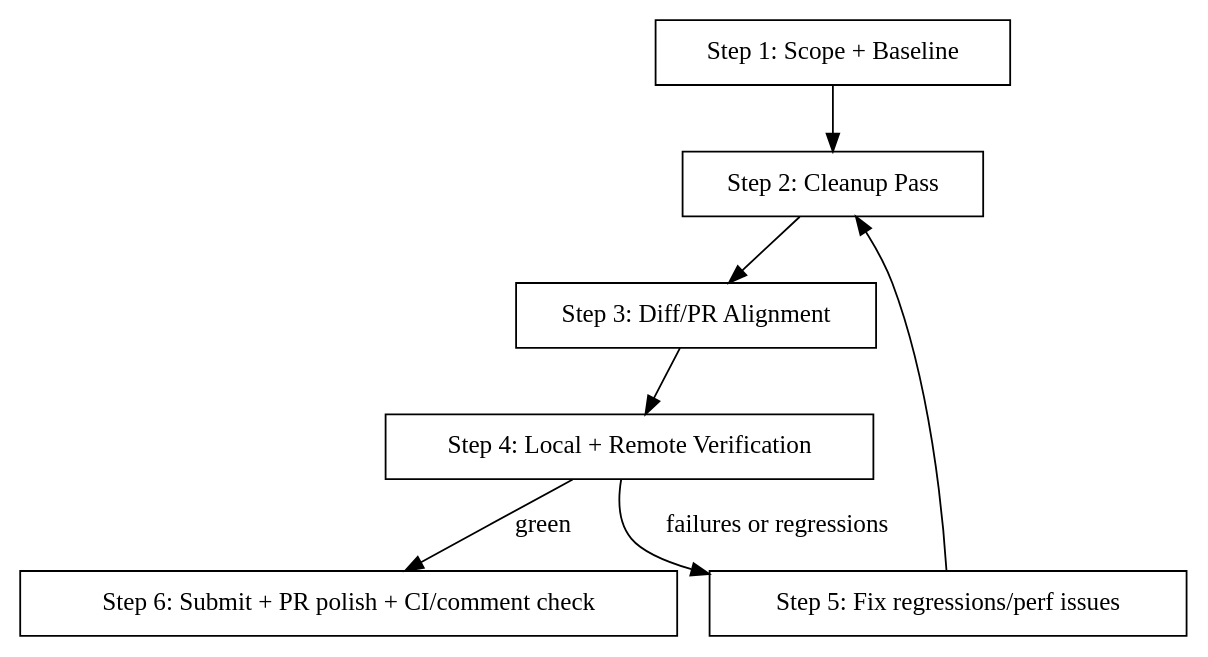
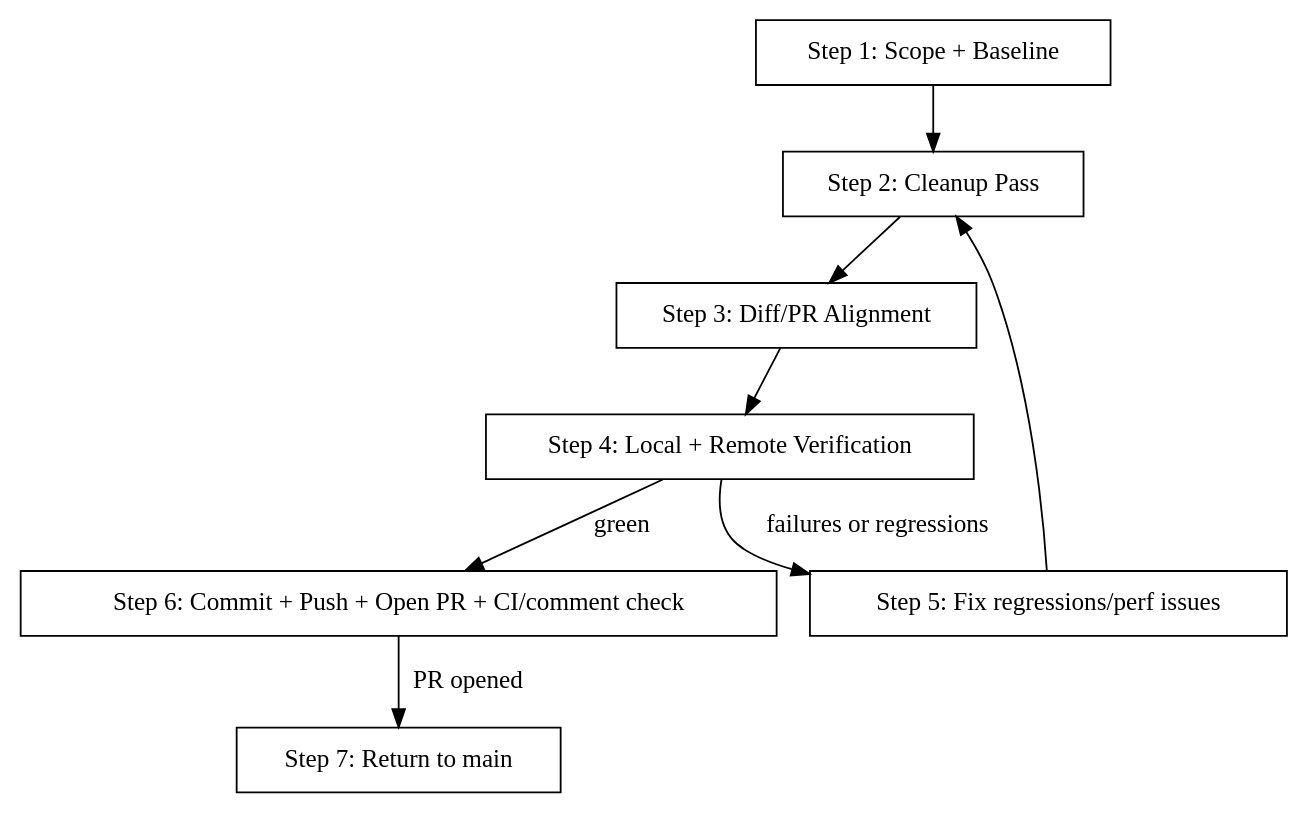
Before and after one commit to relh/metta: the diagram in skills/cb.audit-cleanup-verify/SKILL.md, drawn with Graphviz. The commit also changed other lines of this file, not shown here.

First line of the commit message:
docs: make cb.audit-cleanup-verify ship end-to-end (#7799)

````diff
--- a/skills/cb.audit-cleanup-verify/SKILL.md
+++ b/skills/cb.audit-cleanup-verify/SKILL.md
@@ -23,18 +26,20 @@
 ```dot
 digraph audit_cleanup_verify {
   rankdir=TB;
   node [shape=box];
 
   scope [label="Step 1: Scope + Baseline"];
   cleanup [label="Step 2: Cleanup Pass"];
   align [label="Step 3: Diff/PR Alignment"];
   verify [label="Step 4: Local + Remote Verification"];
   fix [label="Step 5: Fix regressions/perf issues"];
-  ship [label="Step 6: Submit + PR polish + CI/comment check"];
+  ship [label="Step 6: Commit + Push + Open PR + CI/comment check"];
+  finish [label="Step 7: Return to main"];
 
   scope -> cleanup -> align -> verify;
   verify -> fix [label="failures or regressions"];
   fix -> cleanup;
   verify -> ship [label="green"];
+  ship -> finish [label="PR opened"];
 }
 ```
````
